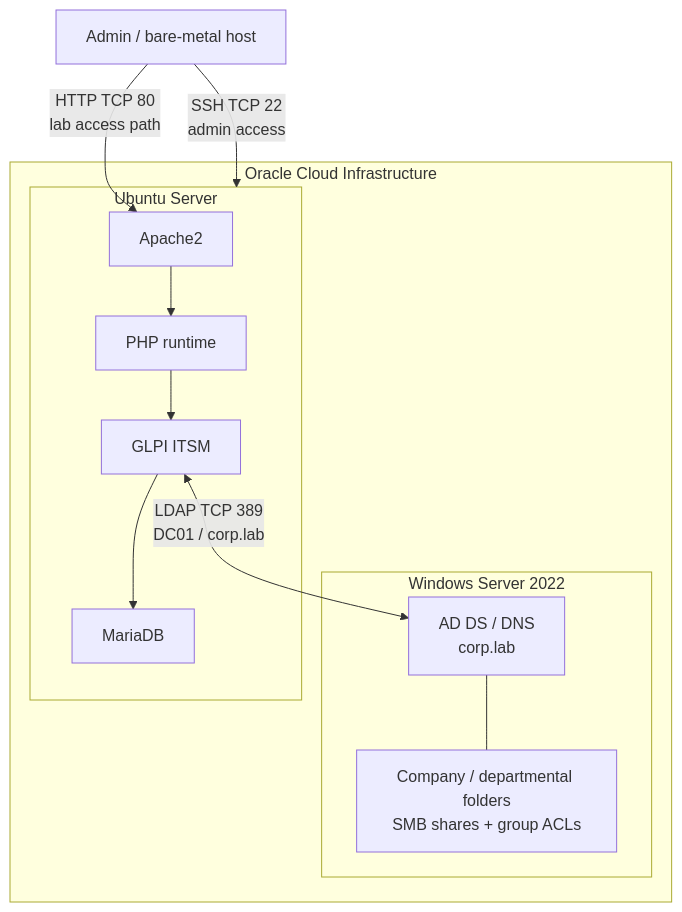
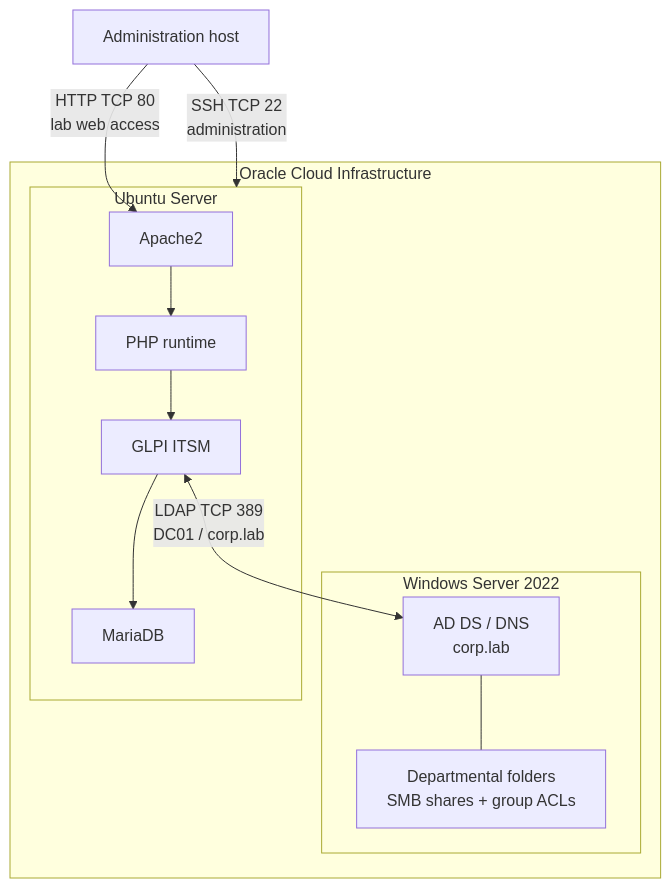
One commit to Wilson-Nhlanhla-Radebe/corp-lab-active-directory-infrastructure changed the diagram in docs/architecture.md. Above: the diagram before and after it, drawn with Mermaid. The commit also changed other lines of this file and 25 other files, not shown here.

````diff
--- a/docs/architecture.md
+++ b/docs/architecture.md
@@ -12,20 +12,20 @@
 ```mermaid
 flowchart TB
   subgraph OCI[Oracle Cloud Infrastructure]
     subgraph WIN[Windows Server 2022]
       AD[AD DS / DNS<br/>corp.lab]
-      SMB[Company / departmental folders<br/>SMB shares + group ACLs]
+      SMB[Departmental folders<br/>SMB shares + group ACLs]
       AD --- SMB
     end
     subgraph LINUX[Ubuntu Server]
       AP[Apache2]
       PHP[PHP runtime]
       GLPI[GLPI ITSM]
       DB[MariaDB]
       AP --> PHP --> GLPI --> DB
     end
   end
   GLPI <-->|LDAP TCP 389<br/>DC01 / corp.lab| AD
-  HOST[Admin / bare-metal host] -->|HTTP TCP 80<br/>lab access path| AP
-  HOST -->|SSH TCP 22<br/>admin access| LINUX
+  HOST[Administration host] -->|HTTP TCP 80<br/>lab web access| AP
+  HOST -->|SSH TCP 22<br/>administration| LINUX
 ```
````
